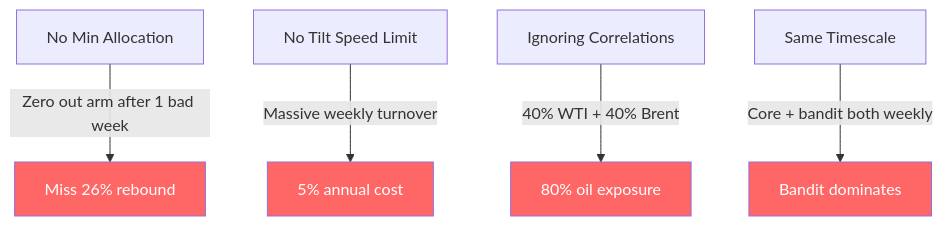
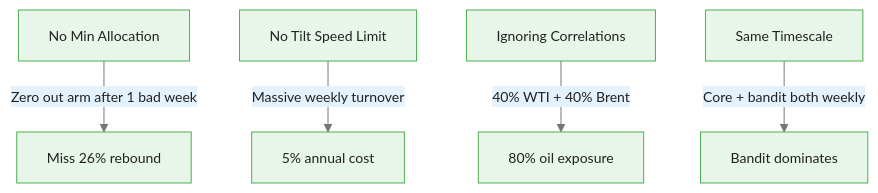
Before and after one commit to m-deane/course-creator: the third of 4 diagrams in courses/multi-armed-bandits-ab-testing/modules/module_05_commodity_trading_bandits/guides/03_guardrails_and_safety_slides.md, drawn with Mermaid. The commit also changed other lines of this file and 146 other files, not shown here.

````diff
--- a/courses/multi-armed-bandits-ab-testing/modules/module_05_commodity_trading_bandits/guides/03_guardrails_and_safety_slides.md
+++ b/courses/multi-armed-bandits-ab-testing/modules/module_05_commodity_trading_bandits/guides/03_guardrails_and_safety_slides.md
@@ -246,12 +286,8 @@
 ```mermaid
+%%{init: {"theme": "base", "themeVariables": {"primaryColor": "#e8f5e9", "primaryBorderColor": "#4caf50", "primaryTextColor": "#212121", "secondaryColor": "#e3f2fd", "tertiaryColor": "#fff8e1", "lineColor": "#757575", "fontFamily": "Inter, sans-serif", "fontSize": "14px"}}}%%
 flowchart TD
     P1["No Min Allocation"] --> |"Zero out arm after 1 bad week"| F1["Miss 26% rebound"]
     P2["No Tilt Speed Limit"] --> |"Massive weekly turnover"| F2["5% annual cost"]
     P3["Ignoring Correlations"] --> |"40% WTI + 40% Brent"| F3["80% oil exposure"]
     P4["Same Timescale"] --> |"Core + bandit both weekly"| F4["Bandit dominates"]
-
-    style F1 fill:#f66,color:#fff
-    style F2 fill:#f66,color:#fff
-    style F3 fill:#f66,color:#fff
-    style F4 fill:#f66,color:#fff
 ```
````
